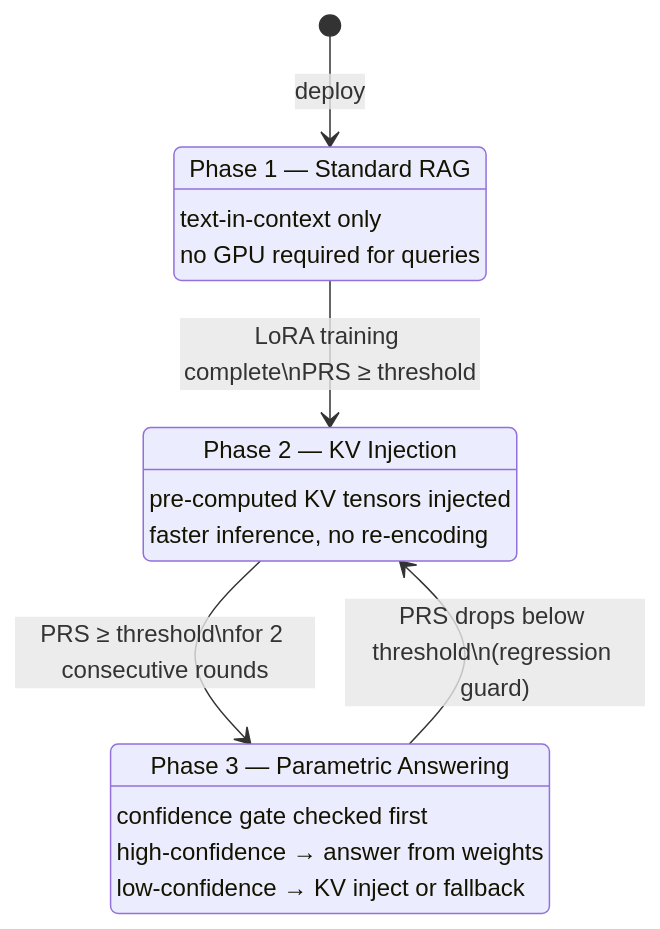
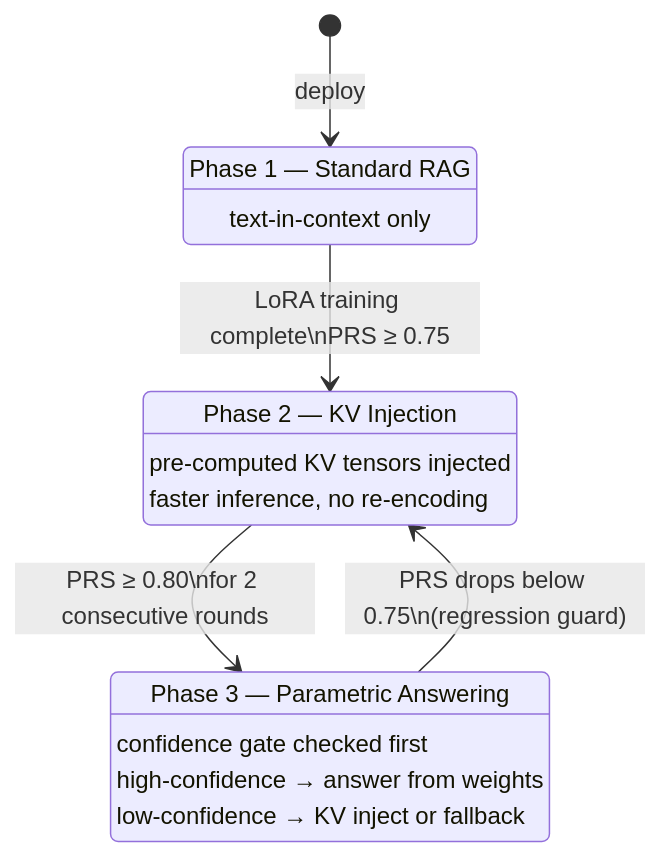
The first of 2 diagrams in README.md (hemantcgi/kvforge), drawn with Mermaid before and after one commit. The commit also changed other lines of this file and 10 other files, not shown here.

````diff
--- a/README.md
+++ b/README.md
@@ -59,21 +85,20 @@
 ```mermaid
 stateDiagram-v2
     [*] --> Phase1 : deploy
 
     Phase1 : Phase 1 — Standard RAG
     Phase1 : text-in-context only
-    Phase1 : no GPU required for queries
 
     Phase2 : Phase 2 — KV Injection
     Phase2 : pre-computed KV tensors injected
     Phase2 : faster inference, no re-encoding
 
     Phase3 : Phase 3 — Parametric Answering
     Phase3 : confidence gate checked first
     Phase3 : high-confidence → answer from weights
     Phase3 : low-confidence → KV inject or fallback
 
-    Phase1 --> Phase2 : LoRA training complete\nPRS ≥ threshold
-    Phase2 --> Phase3 : PRS ≥ threshold\nfor 2 consecutive rounds
-    Phase3 --> Phase2 : PRS drops below threshold\n(regression guard)
+    Phase1 --> Phase2 : LoRA training complete\nPRS ≥ 0.75
+    Phase2 --> Phase3 : PRS ≥ 0.80\nfor 2 consecutive rounds
+    Phase3 --> Phase2 : PRS drops below 0.75\n(regression guard)
 ```
````
